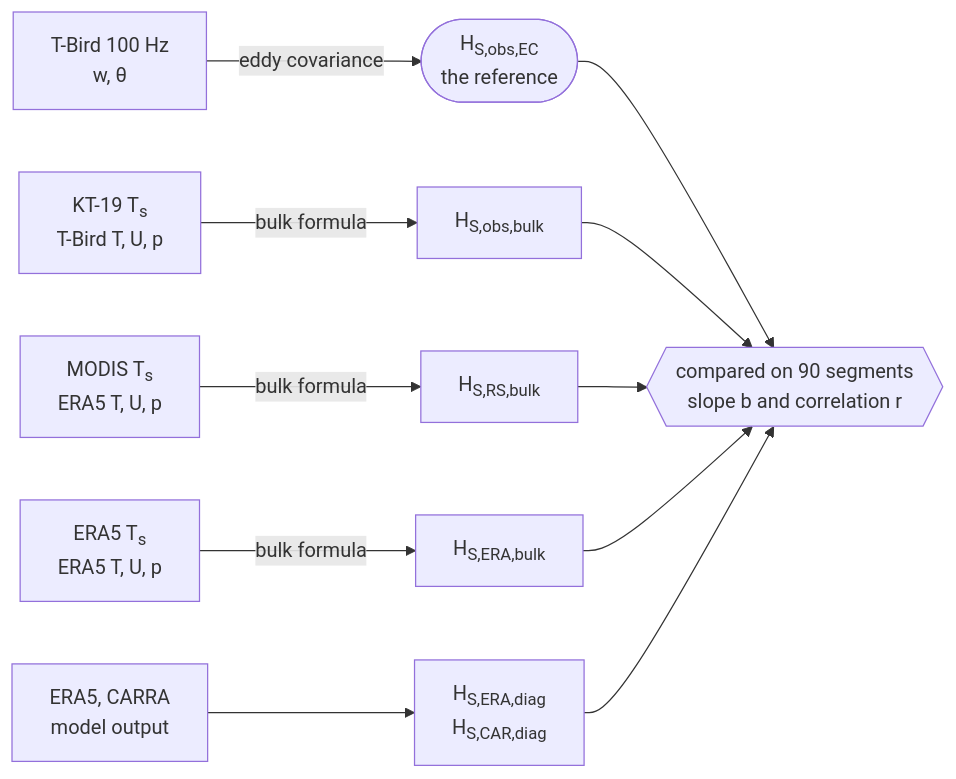
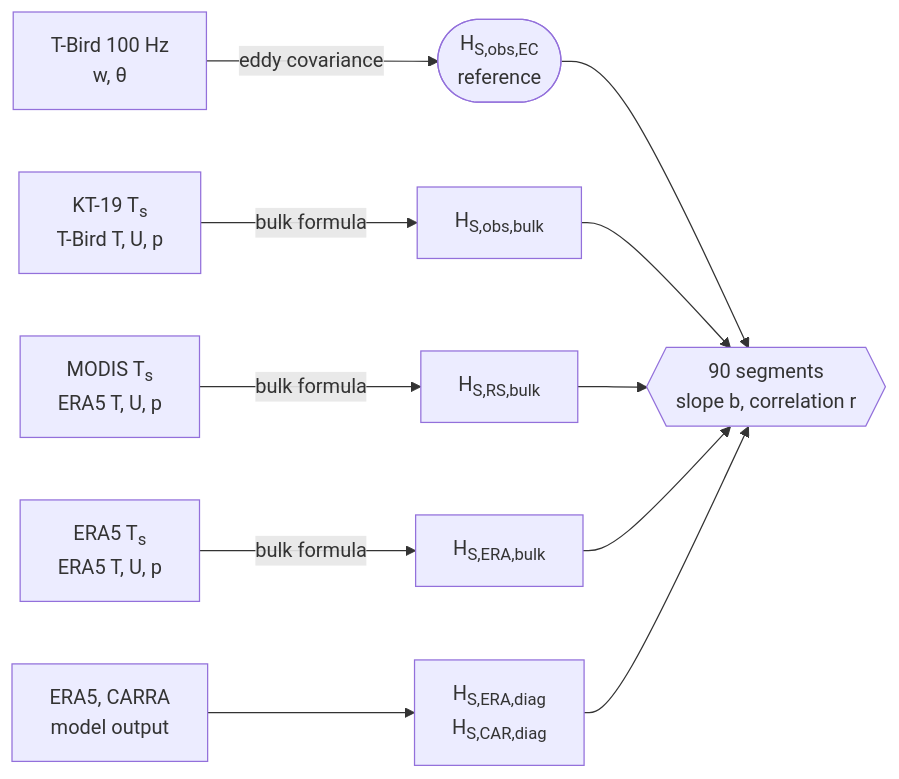
Before and after one commit to FranzFlink/bacsam2-flux-analysis: the diagram in docs/index.md, drawn with Mermaid. The commit also changed other lines of this file and 55 other files, not shown here.

````diff
--- a/docs/index.md
+++ b/docs/index.md
@@ -24,10 +28,10 @@
 ```mermaid
 flowchart LR
-  W["T-Bird 100 Hz<br/>w, θ"] -->|eddy covariance| EC(["H<sub>S,obs,EC</sub><br/>the reference"])
+  W["T-Bird 100 Hz<br/>w, θ"] -->|eddy covariance| EC(["H<sub>S,obs,EC</sub><br/>reference"])
   I["KT-19 T<sub>s</sub><br/>T-Bird T, U, p"] -->|bulk formula| OB["H<sub>S,obs,bulk</sub>"]
   M["MODIS T<sub>s</sub><br/>ERA5 T, U, p"] -->|bulk formula| RS["H<sub>S,RS,bulk</sub>"]
   E["ERA5 T<sub>s</sub><br/>ERA5 T, U, p"] -->|bulk formula| ER["H<sub>S,ERA,bulk</sub>"]
   D["ERA5, CARRA<br/>model output"] --> DG["H<sub>S,ERA,diag</sub><br/>H<sub>S,CAR,diag</sub>"]
-  EC --> C{{"compared on 90 segments<br/>slope b and correlation r"}}
+  EC --> C{{"90 segments<br/>slope b, correlation r"}}
   OB & RS & ER & DG --> C
 ```
````
